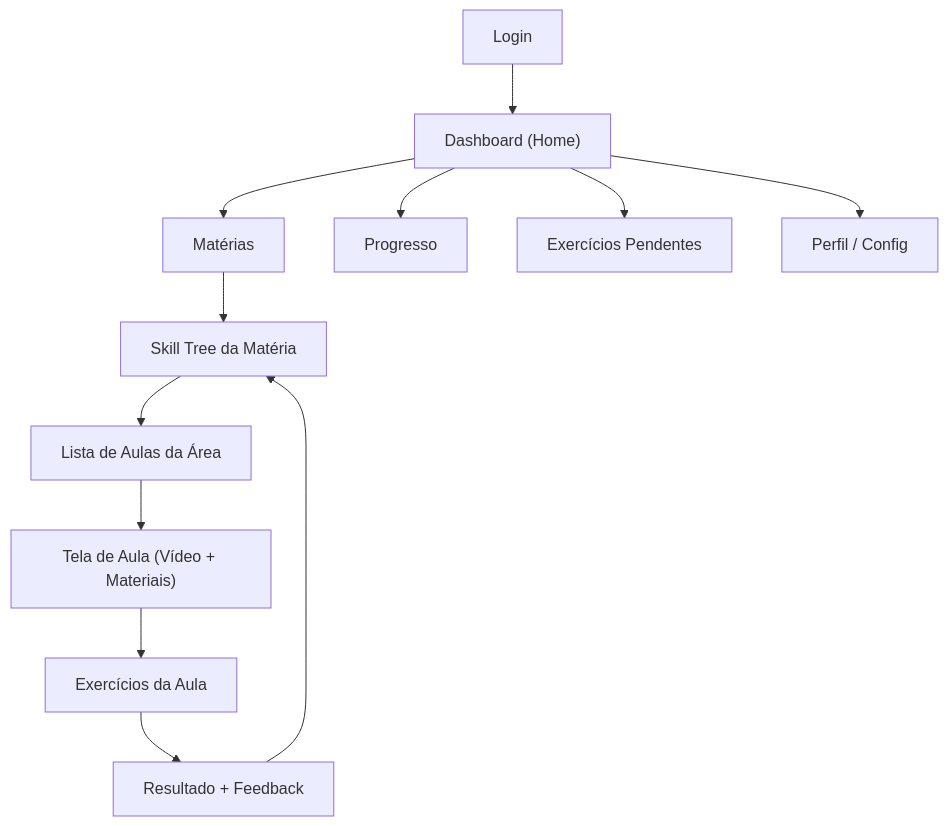
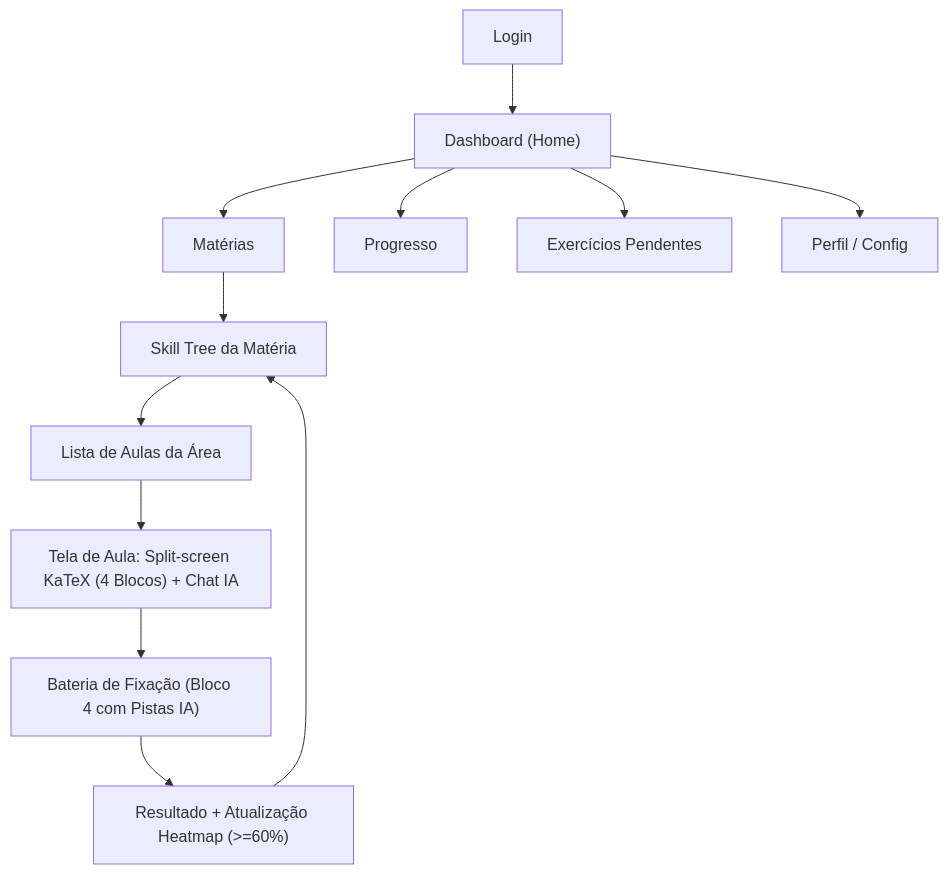
Before and after one commit to SiadeLucas/Tutor-Inteligente: the third of 4 diagrams in docs/modules/interface/flow/navegacao.md, drawn with Mermaid. The commit also changed 40 other files, not shown here.

````diff
--- a/docs/modules/interface/flow/navegacao.md
+++ b/docs/modules/interface/flow/navegacao.md
@@ -43,14 +43,14 @@
 ```mermaid
 flowchart TD
     A["Login"] --> B["Dashboard (Home)"]
     B --> C["Matérias"]
     C --> D["Skill Tree da Matéria"]
     D --> E["Lista de Aulas da Área"]
-    E --> F["Tela de Aula (Vídeo + Materiais)"]
-    F --> G["Exercícios da Aula"]
-    G --> H["Resultado + Feedback"]
+    E --> F["Tela de Aula: Split-screen KaTeX (4 Blocos) + Chat IA"]
+    F --> G["Bateria de Fixação (Bloco 4 com Pistas IA)"]
+    G --> H["Resultado + Atualização Heatmap (>=60%)"]
     H --> D
     B --> I["Progresso"]
     B --> J["Exercícios Pendentes"]
     B --> K["Perfil / Config"]
 ```
````
